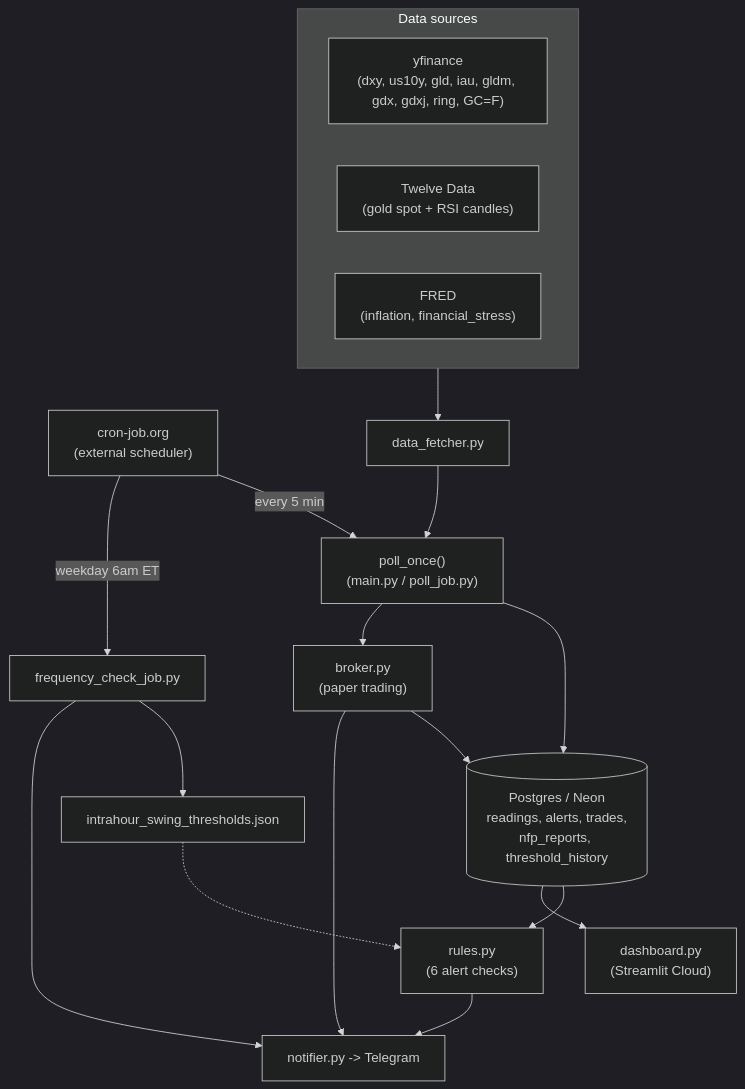
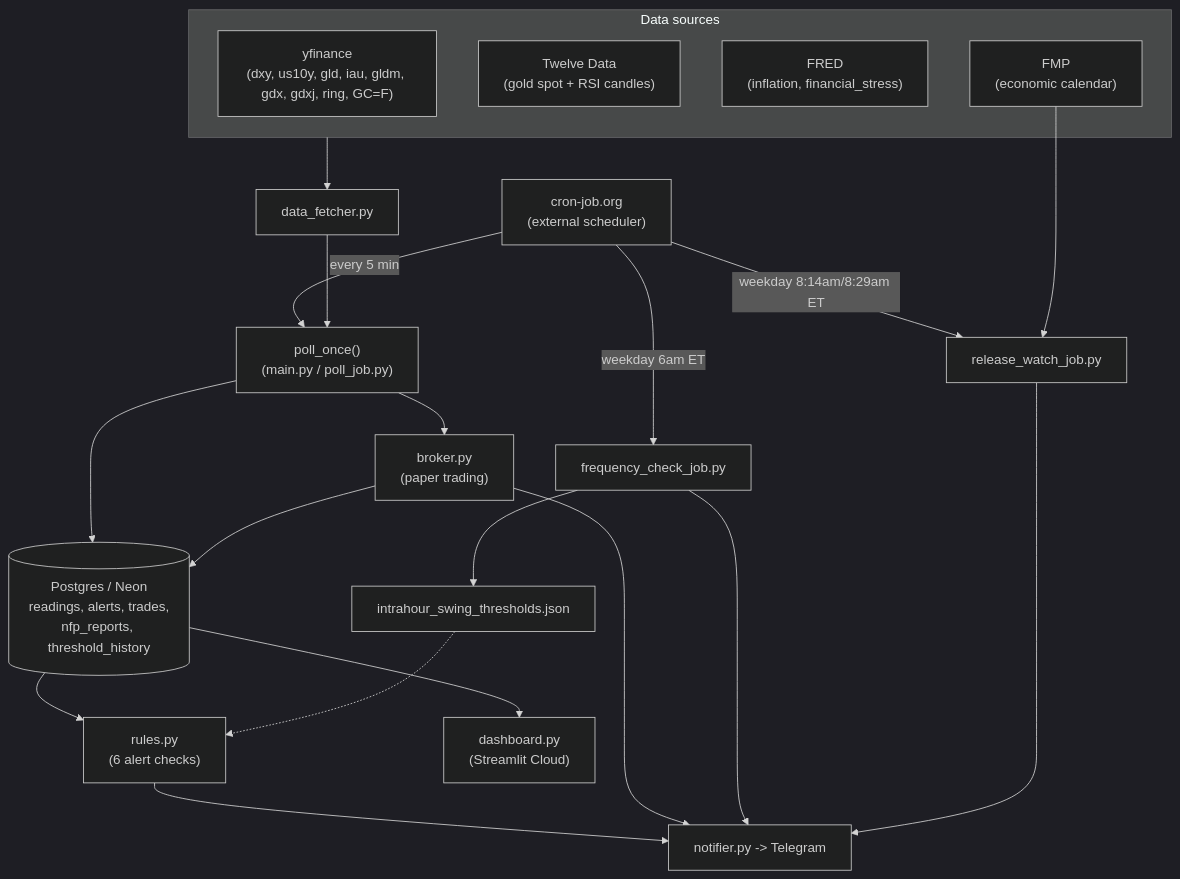
One commit to Armada86/goldo changed the diagram in docs/diagram.md. Above: the diagram before and after it, drawn with Mermaid (dark theme). The commit also changed other lines of this file and 7 other files, not shown here.

````diff
--- a/docs/diagram.md
+++ b/docs/diagram.md
@@ -6,26 +6,31 @@
 ```mermaid
 flowchart TD
     subgraph Sources["Data sources"]
         YF["yfinance\n(dxy, us10y, gld, iau, gldm, gdx, gdxj, ring, GC=F)"]
         TD["Twelve Data\n(gold spot + RSI candles)"]
         FRED["FRED\n(inflation, financial_stress)"]
+        FMP["FMP\n(economic calendar)"]
     end
 
     Cron["cron-job.org\n(external scheduler)"] -->|every 5 min| Poll
     Cron -->|weekday 6am ET| FreqCheck["frequency_check_job.py"]
+    Cron -->|weekday 8:14am/8:29am ET| ReleaseWatch["release_watch_job.py"]
 
     Sources --> Fetcher["data_fetcher.py"]
     Fetcher --> Poll["poll_once()\n(main.py / poll_job.py)"]
     Poll --> DB[("Postgres / Neon\nreadings, alerts, trades,\nnfp_reports, threshold_history")]
     DB --> Rules["rules.py\n(6 alert checks)"]
     Rules --> Telegram["notifier.py -> Telegram"]
     Poll --> Broker["broker.py\n(paper trading)"]
     Broker --> DB
     Broker --> Telegram
 
     DB --> Dashboard["dashboard.py\n(Streamlit Cloud)"]
 
     FreqCheck --> Thresholds["intrahour_swing_thresholds.json"]
     FreqCheck --> Telegram
     Thresholds -.-> Rules
+
+    FMP --> ReleaseWatch
+    ReleaseWatch --> Telegram
 ```
````
